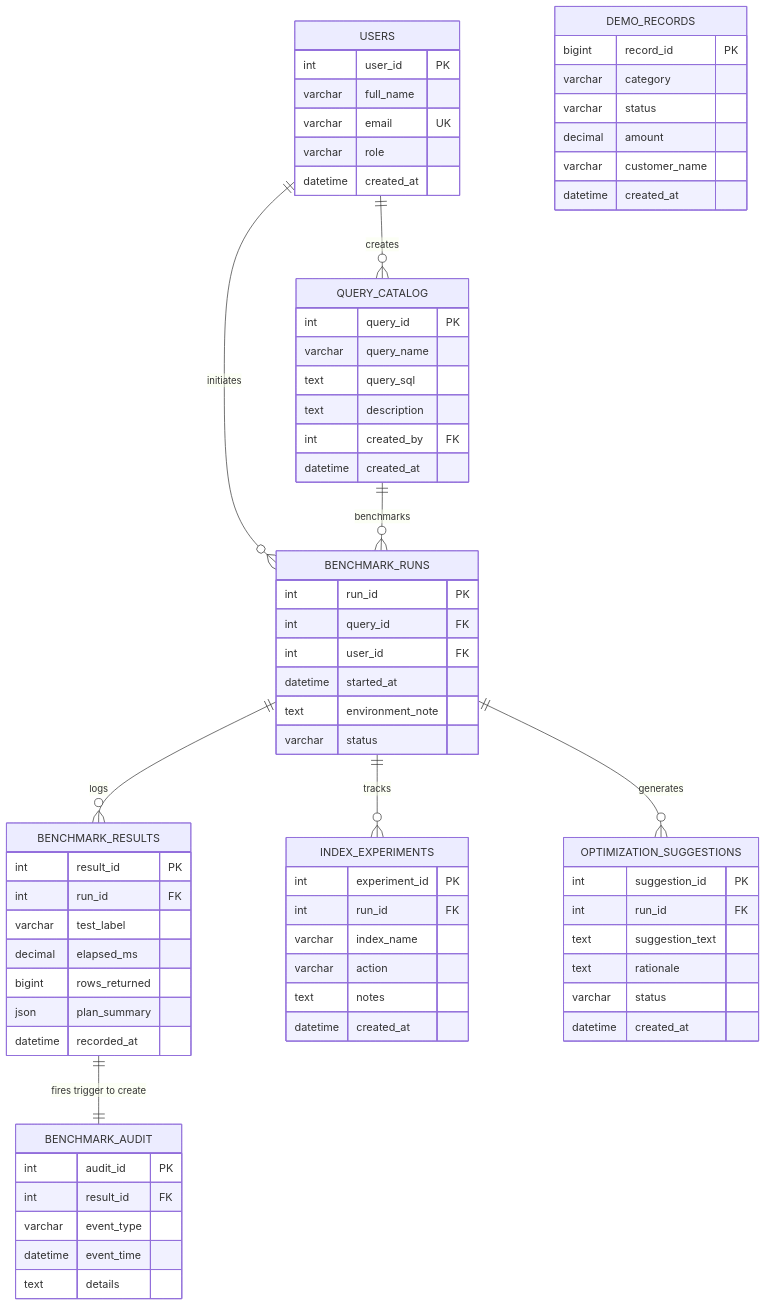
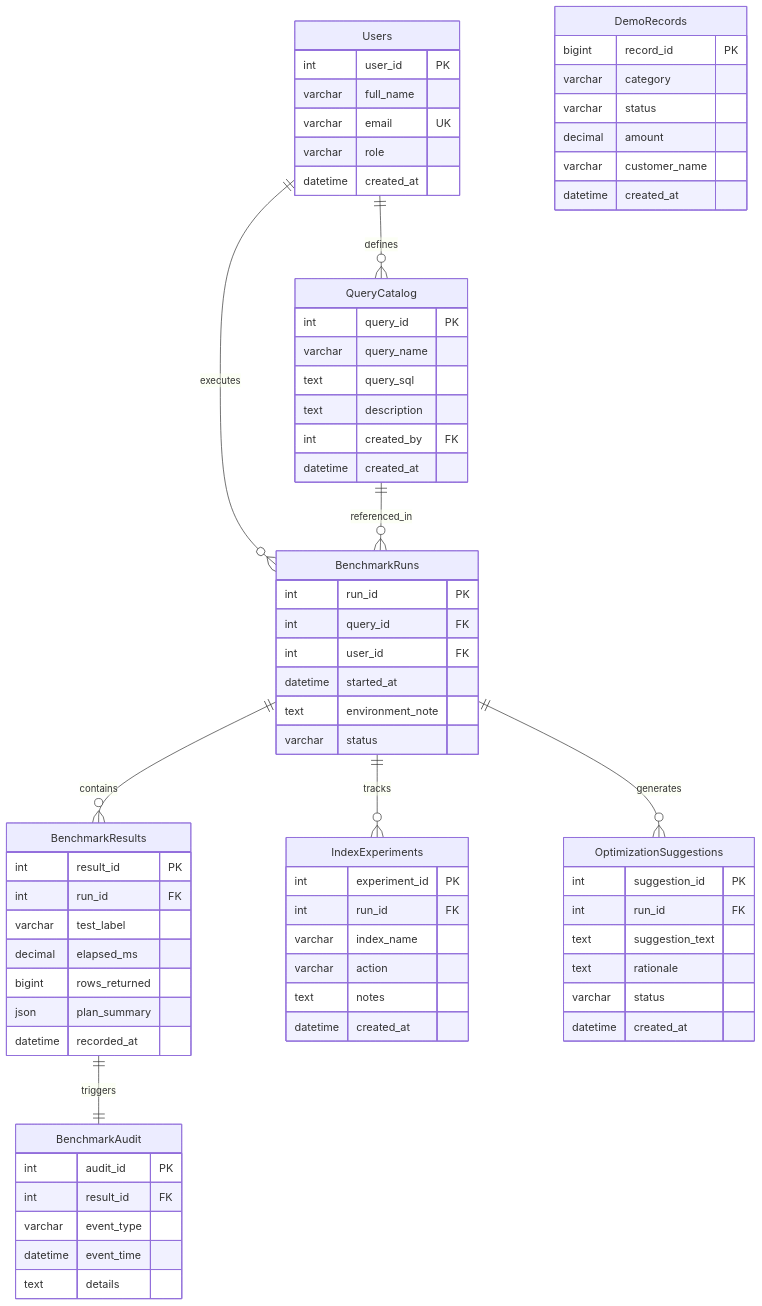
One commit to anoopcodehack/DBMS_query_analyzer changed the second of 2 diagrams in README.md. Above: the diagram before and after it, drawn with Mermaid. The commit also changed other lines of this file, not shown here.

````diff
--- a/README.md
+++ b/README.md
@@ -99,74 +96,74 @@
 ```mermaid
 erDiagram
-    USERS ||--o{ QUERY_CATALOG : creates
-    USERS ||--o{ BENCHMARK_RUNS : initiates
-    QUERY_CATALOG ||--o{ BENCHMARK_RUNS : benchmarks
-    BENCHMARK_RUNS ||--o{ BENCHMARK_RESULTS : logs
-    BENCHMARK_RUNS ||--o{ INDEX_EXPERIMENTS : tracks
-    BENCHMARK_RUNS ||--o{ OPTIMIZATION_SUGGESTIONS : generates
-    BENCHMARK_RESULTS ||--|| BENCHMARK_AUDIT : "fires trigger to create"
+    Users ||--o{ QueryCatalog : defines
+    Users ||--o{ BenchmarkRuns : executes
+    QueryCatalog ||--o{ BenchmarkRuns : referenced_in
+    BenchmarkRuns ||--o{ BenchmarkResults : contains
+    BenchmarkRuns ||--o{ IndexExperiments : tracks
+    BenchmarkRuns ||--o{ OptimizationSuggestions : generates
+    BenchmarkResults ||--|| BenchmarkAudit : triggers
 
-    USERS {
+    Users {
         int user_id PK
         varchar full_name
         varchar email UK
         varchar role
         datetime created_at
     }
-    QUERY_CATALOG {
+    QueryCatalog {
         int query_id PK
         varchar query_name
         text query_sql
         text description
         int created_by FK
         datetime created_at
     }
-    BENCHMARK_RUNS {
+    BenchmarkRuns {
         int run_id PK
         int query_id FK
         int user_id FK
         datetime started_at
         text environment_note
         varchar status
     }
-    BENCHMARK_RESULTS {
+    BenchmarkResults {
         int result_id PK
         int run_id FK
         varchar test_label
         decimal elapsed_ms
         bigint rows_returned
         json plan_summary
         datetime recorded_at
     }
-    INDEX_EXPERIMENTS {
+    IndexExperiments {
         int experiment_id PK
         int run_id FK
         varchar index_name
         varchar action
         text notes
         datetime created_at
     }
-    OPTIMIZATION_SUGGESTIONS {
+    OptimizationSuggestions {
         int suggestion_id PK
         int run_id FK
         text suggestion_text
         text rationale
         varchar status
         datetime created_at
     }
-    BENCHMARK_AUDIT {
+    BenchmarkAudit {
         int audit_id PK
         int result_id FK
         varchar event_type
         datetime event_time
         text details
     }
-    DEMO_RECORDS {
+    DemoRecords {
         bigint record_id PK
         varchar category
         varchar status
         decimal amount
         varchar customer_name
         datetime created_at
     }
 ```
````
